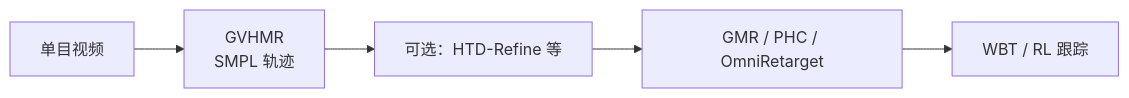
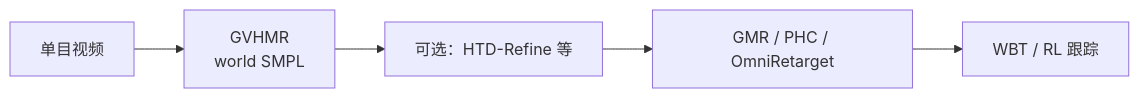
The second of 2 diagrams in wiki/entities/gvhmr.md (ImChong/Robotics_Notebooks), drawn with Mermaid before and after one commit. The commit also changed other lines of this file and 19 other files, not shown here.

Commit message:
[2026-06-21] ingest | sources/papers/gvhmr_arxiv_2409_06662.md — 深化 GVHMR Gravity-View 单目 world-grounded HMR 论文/项目页归档与 wiki 实体

````diff
--- a/wiki/entities/gvhmr.md
+++ b/wiki/entities/gvhmr.md
@@ -42,7 +110,7 @@
 ```mermaid
 flowchart LR
-  vid["单目视频"] --> gv["GVHMR\nSMPL 轨迹"]
+  vid["单目视频"] --> gv["GVHMR<br/>world SMPL"]
   gv --> opt["可选：HTD-Refine 等"]
   opt --> rt["GMR / PHC / OmniRetarget"]
   rt --> pol["WBT / RL 跟踪"]
 ```
````
